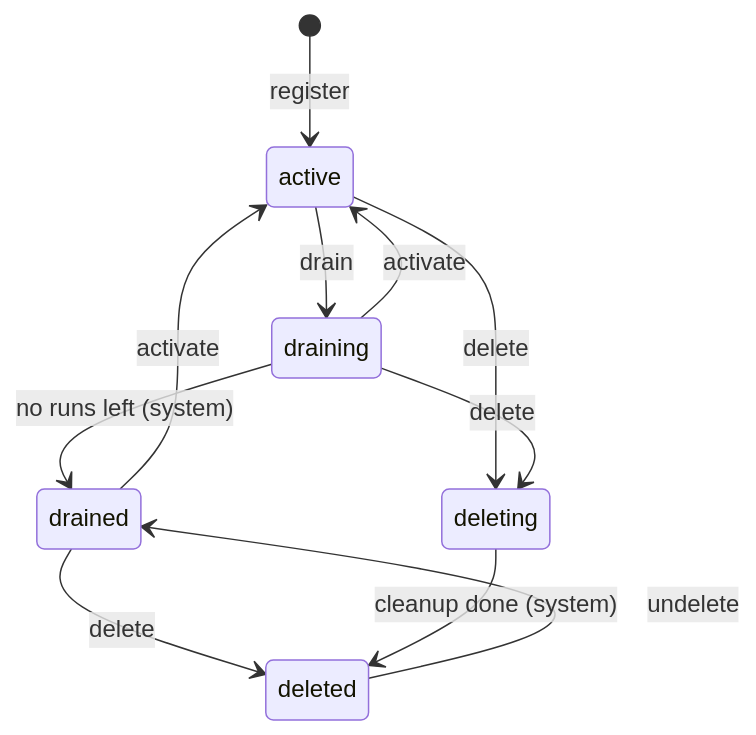
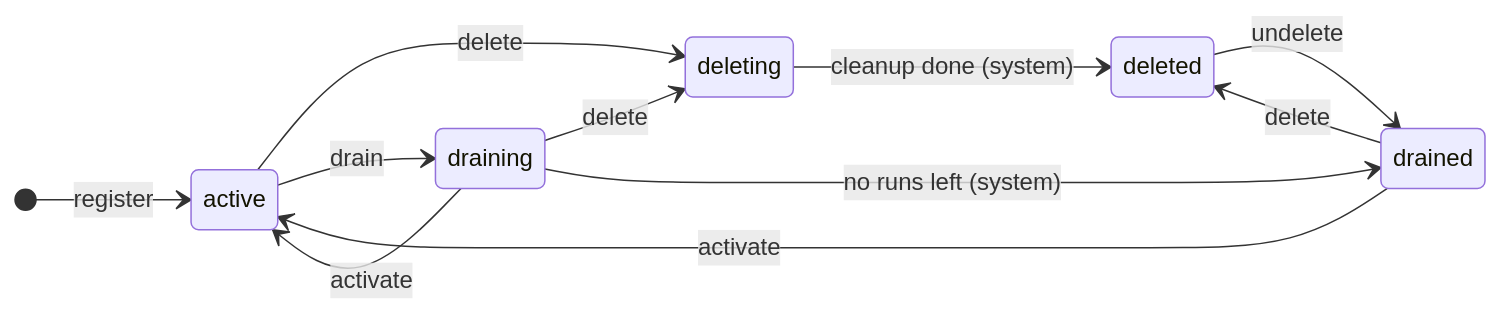
Before and after one commit to unionai/unionai-docs: the diagram in content/user-guide/cluster-workload-management/clusters.md, drawn with Mermaid. The commit also changed 1 other file, not shown here.

Commit message:
docs(lifecycle): lay out lifecycle state diagrams left-to-right without crossings
The top-to-bottom layout of the cluster and queue lifecycle diagrams
produced two crossing edge pairs and overlapping labels around the
deleting/deleted states. Switch both to direction LR and declare the
delete path first so the layout engine places deleting/deleted on the
top row and drained on the right: register/create → active → draining →
drained along the main path, the delete paths above it, and the two
activate edges below. Verified in the rendered pages: no crossings, no
overlapping labels.

Claude-Session: https://claude.ai/code/session_01WDgquzg1H4BD3VwwSnX7ve

````diff
--- a/content/user-guide/cluster-workload-management/clusters.md
+++ b/content/user-guide/cluster-workload-management/clusters.md
@@ -188,13 +188,14 @@
 ```mermaid
 stateDiagram-v2
+    direction LR
     [*] --> active: register
+    active --> deleting: delete
+    draining --> deleting: delete
+    deleting --> deleted: cleanup done (system)
     active --> draining: drain
     draining --> active: activate
     draining --> drained: no runs left (system)
     drained --> active: activate
-    active --> deleting: delete
-    draining --> deleting: delete
     drained --> deleted: delete
-    deleting --> deleted: cleanup done (system)
     deleted --> drained: undelete
 ```
````
